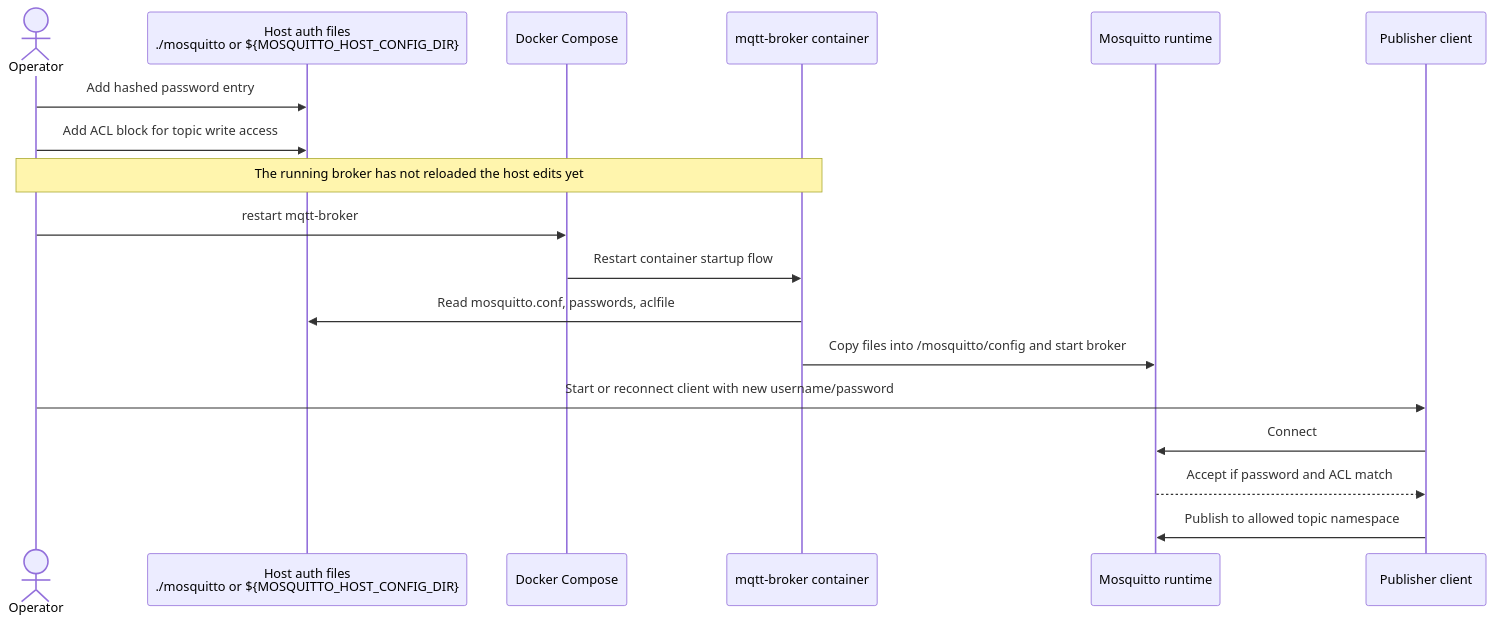
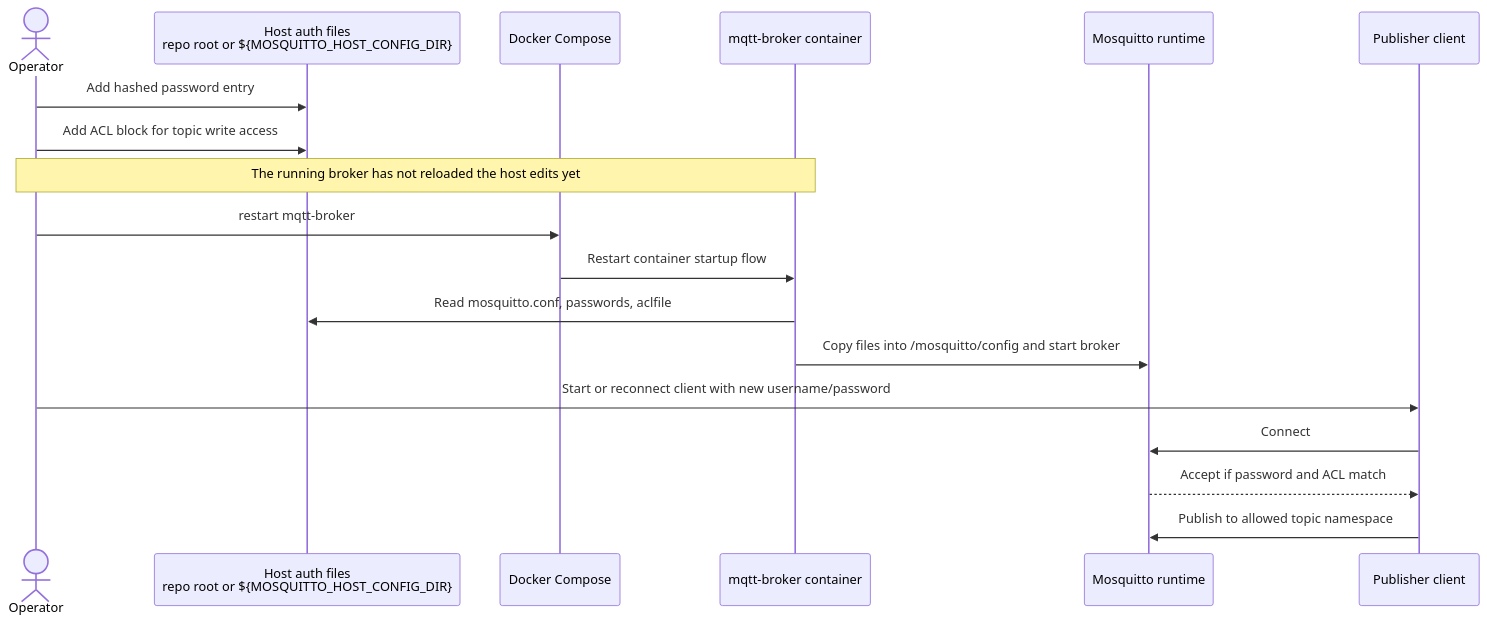
Before and after one commit to Fraank-dash/mosquitto-broker: the diagram in docs/secure-broker-howto.md, drawn with Mermaid. The commit also changed other lines of this file and 13 other files, not shown here.

````diff
--- a/docs/secure-broker-howto.md
+++ b/docs/secure-broker-howto.md
@@ -82,23 +94,23 @@
 ```mermaid
 sequenceDiagram
     actor Operator
-    participant HostAuth as Host auth files<br/>./mosquitto or ${MOSQUITTO_HOST_CONFIG_DIR}
+    participant HostAuth as Host auth files<br/>repo root or ${MOSQUITTO_HOST_CONFIG_DIR}
     participant Compose as Docker Compose
     participant Broker as mqtt-broker container
     participant MQTT as Mosquitto runtime
     participant Publisher as Publisher client
 
     Operator->>HostAuth: Add hashed password entry
     Operator->>HostAuth: Add ACL block for topic write access
     Note over Operator,Broker: The running broker has not reloaded the host edits yet
 
     Operator->>Compose: restart mqtt-broker
     Compose->>Broker: Restart container startup flow
     Broker->>HostAuth: Read mosquitto.conf, passwords, aclfile
     Broker->>MQTT: Copy files into /mosquitto/config and start broker
 
     Operator->>Publisher: Start or reconnect client with new username/password
     Publisher->>MQTT: Connect
     MQTT-->>Publisher: Accept if password and ACL match
     Publisher->>MQTT: Publish to allowed topic namespace
 ```
````
